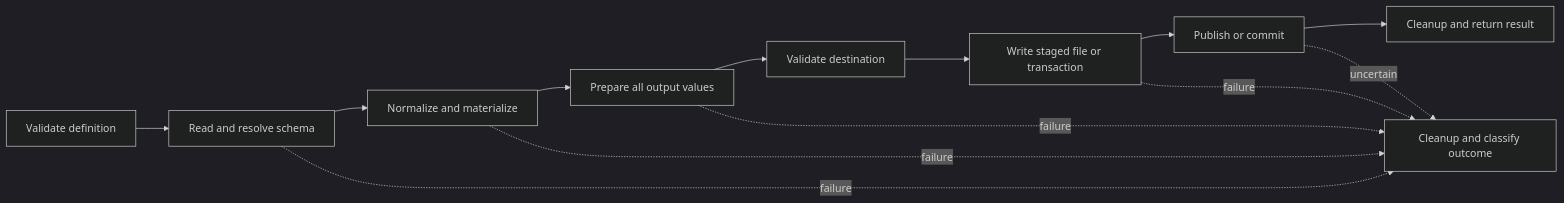
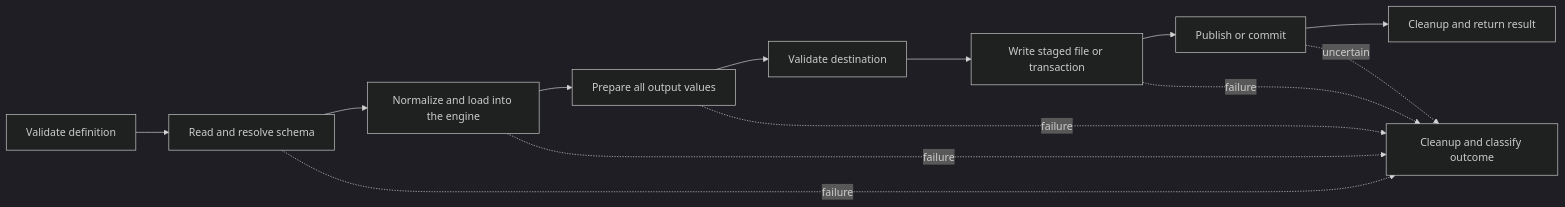
Before and after one commit to mraysmit/unify: the second of 2 diagrams in docs/TECHNICAL_DESIGN.md, drawn with Mermaid (dark theme). The commit also changed other lines of this file and 38 other files, not shown here.

````diff
--- a/docs/TECHNICAL_DESIGN.md
+++ b/docs/TECHNICAL_DESIGN.md
@@ -190,15 +328,15 @@
 ```mermaid
 flowchart LR
     A[Validate definition] --> B[Read and resolve schema]
-    B --> C[Normalize and materialize]
+    B --> C[Normalize and load into the engine]
     C --> D[Prepare all output values]
     D --> E[Validate destination]
     E --> F[Write staged file or transaction]
     F --> G[Publish or commit]
     G --> H[Cleanup and return result]
     B -. failure .-> X[Cleanup and classify outcome]
     C -. failure .-> X
     D -. failure .-> X
     F -. failure .-> X
     G -. uncertain .-> X
 ```
````
